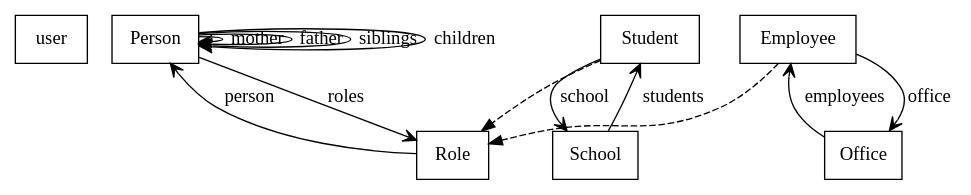
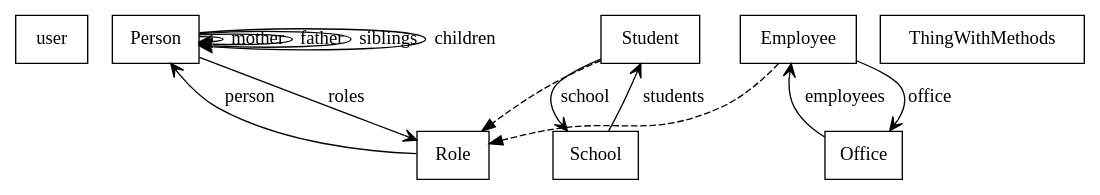
Before and after one commit to louiz/litesql: the diagram in src/examples/exampledatabase.dot, drawn with Graphviz. The commit also changed 11 other files, not shown here.

```diff
--- a/src/examples/exampledatabase.dot
+++ b/src/examples/exampledatabase.dot
@@ -1,26 +1,27 @@
 digraph database {
   node[shape=box,color=black];
   subgraph inheritance {
     edge[style=dashed,dir=forward,arrowhead=normal];
     "user";
     "Person";
     "Role";
     "Student" -> "Role";
     "Employee" -> "Role";
     "School";
     "Office";
+    "ThingWithMethods";
   }
   subgraph relations {
     edge[dir=forward,arrowhead=vee];
     "Person" -> "Person" [label="mother"];
     "Person" -> "Person" [label="father"];
     "Person" -> "Person" [label="siblings"];
     "Person" -> "Person" [label="children"];
     "Person" -> "Role" [label="roles"];
     "Role" -> "Person" [label="person"];
     "School" -> "Student" [label="students"];
     "Student" -> "School" [label="school"];
     "Employee" -> "Office" [label="office"];
     "Office" -> "Employee" [label="employees"];
   }
 }
```
